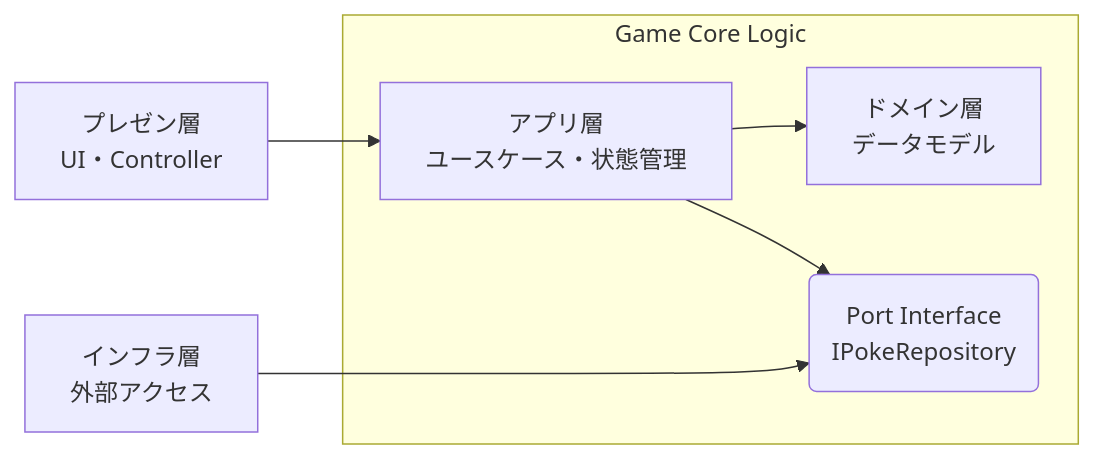
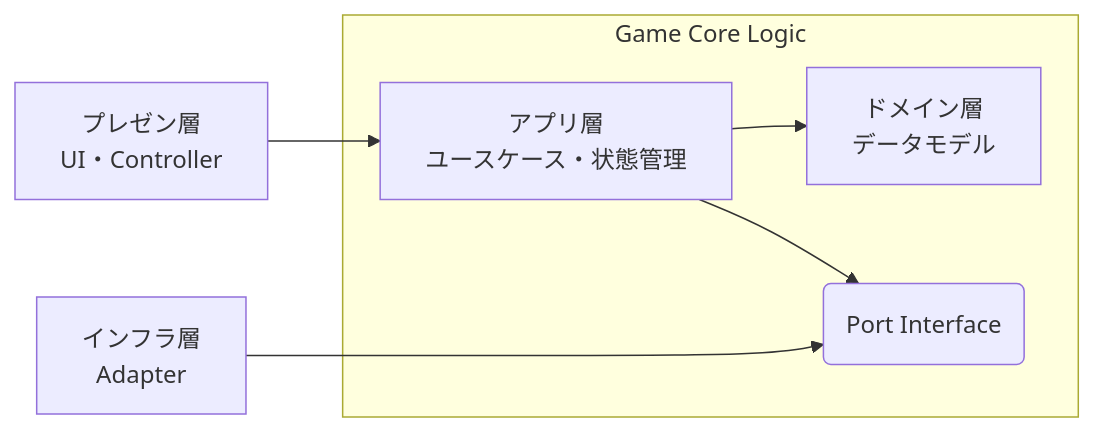
Before and after one commit to okmethod/poke-api-stadium: the diagram in docs/architecture/overview.md, drawn with Mermaid. The commit also changed other lines of this file and 4 other files, not shown here.

````diff
--- a/docs/architecture/overview.md
+++ b/docs/architecture/overview.md
@@ -12,15 +12,15 @@
 ```mermaid
   graph LR
     subgraph Game Core Logic
         D[ドメイン層<br>データモデル]
         A[アプリ層<br>ユースケース・状態管理]
-        IP(Port Interface<br>IPokeRepository)
+        IP(Port Interface)
     end
     P[プレゼン層<br>UI・Controller]
-    I[インフラ層<br>外部アクセス]
+    I[インフラ層<br>Adapter]
 
     P --> A
     A --> D
     A --> IP
     I ---> IP
 ```
````
